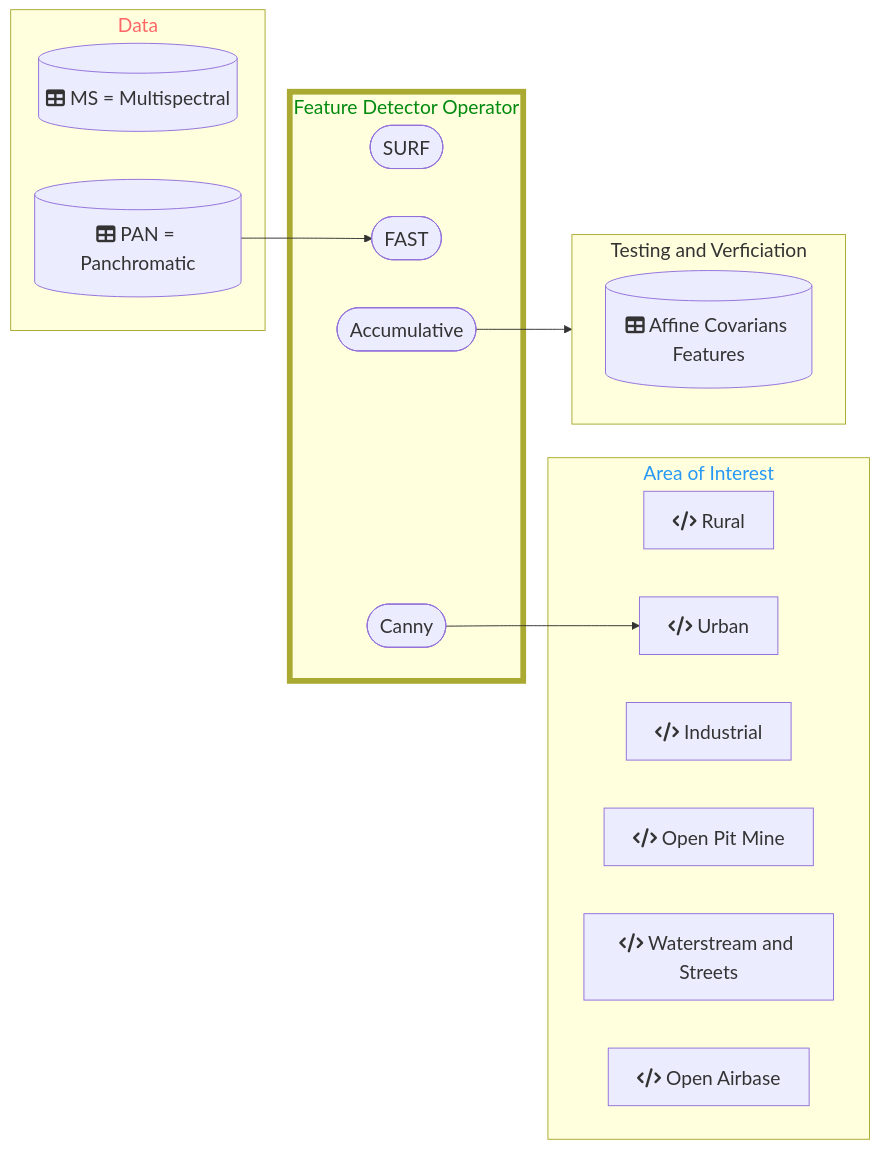
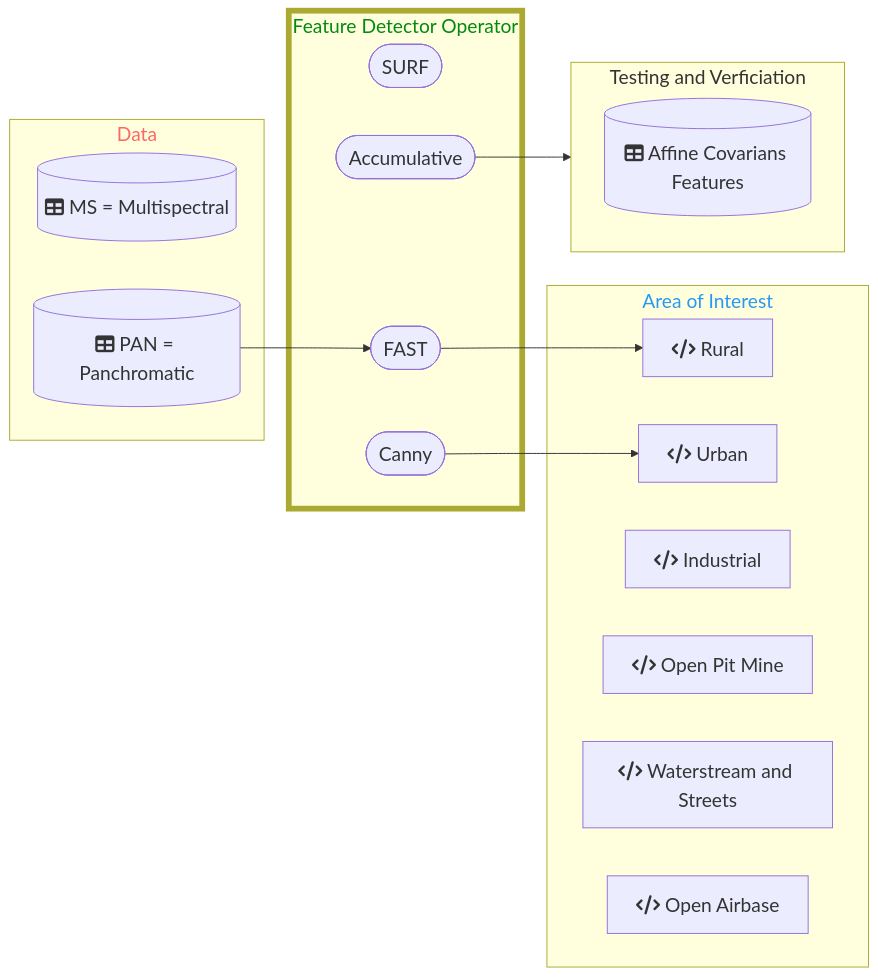
Before and after one commit to DippoldEJ/Feature-Detection-and-Explanation: the diagram in Application/README.md, drawn with Mermaid.

````diff
--- a/Application/README.md
+++ b/Application/README.md
@@ -13,42 +13,43 @@
 ```mermaid
 flowchart LR;
 %%{init: {
 	'themeVariables': { 'fontSize': '20px', 'fontFamily': 'Didot'}
 	}
 }%%
 
  subgraph n[Data]
         g[(fa:fa-table MS = Multispectral)]
         h[(fa:fa-table PAN = Panchromatic)]
     end
 
  subgraph o[Feature Detector Operator]
         j([SURF])
         k([FAST])
         l([Canny])
         m([Accumulative])
     end
 
 subgraph p[Area of Interest]
     a[fa:fa-code Rural]
     b[fa:fa-code Urban]
     c[fa:fa-code Industrial]
     d[fa:fa-code Open Pit Mine]
     e[fa:fa-code Waterstream and Streets]
     f[fa:fa-code Open Airbase]
     end
 
  subgraph q[Testing and Verficiation]
         r[(fa:fa-table Affine Covarians Features)]
     end
 
 style n color:#f66
 style o stroke-width:6px
 style o color:#028A0F
 style p color:#2798F5
 
 h-->k
+k-->a
 l-->b
 m-->q
 
 ```
````
